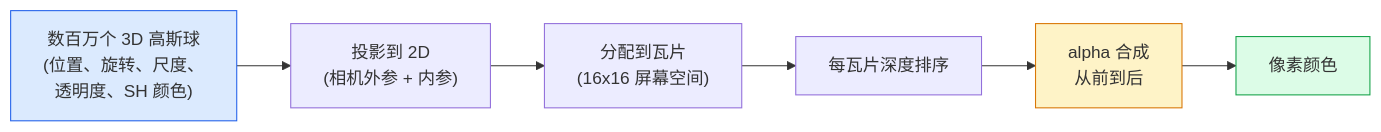
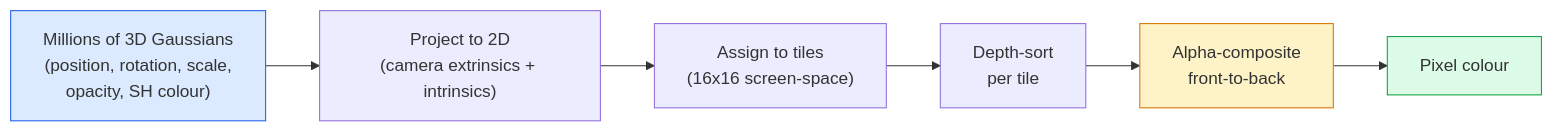
Before and after one commit to xiaojiaenen/ai-engineering-from-scratch-zh: the diagram in i18n/zh/phases/04-computer-vision/22-3d-gaussian-splatting/docs/zh.md, drawn with Mermaid. The commit also changed other lines of this file and 28 other files, not shown here.

````diff
--- a/i18n/zh/phases/04-computer-vision/22-3d-gaussian-splatting/docs/zh.md
+++ b/i18n/zh/phases/04-computer-vision/22-3d-gaussian-splatting/docs/zh.md
@@ -45,12 +45,12 @@
 ```mermaid
 flowchart LR
-    SCENE["数百万个 3D 高斯球<br/>(位置、旋转、尺度、<br/>透明度、SH 颜色)"] --> PROJ["投影到 2D<br/>(相机外参 + 内参)"]
-    PROJ --> TILES["分配到瓦片<br/>(16x16 屏幕空间)"]
-    TILES --> SORT["每瓦片深度排序"]
-    SORT --> ALPHA["alpha 合成<br/>从前到后"]
-    ALPHA --> PIX["像素颜色"]
+    SCENE["Millions of 3D Gaussians<br/>(position, rotation, scale,<br/>opacity, SH colour)"] --> PROJ["Project to 2D<br/>(camera extrinsics + intrinsics)"]
+    PROJ --> TILES["Assign to tiles<br/>(16x16 screen-space)"]
+    TILES --> SORT["Depth-sort<br/>per tile"]
+    SORT --> ALPHA["Alpha-composite<br/>front-to-back"]
+    ALPHA --> PIX["Pixel colour"]
 
     style SCENE fill:#dbeafe,stroke:#2563eb
     style ALPHA fill:#fef3c7,stroke:#d97706
     style PIX fill:#dcfce7,stroke:#16a34a
 ```
````
